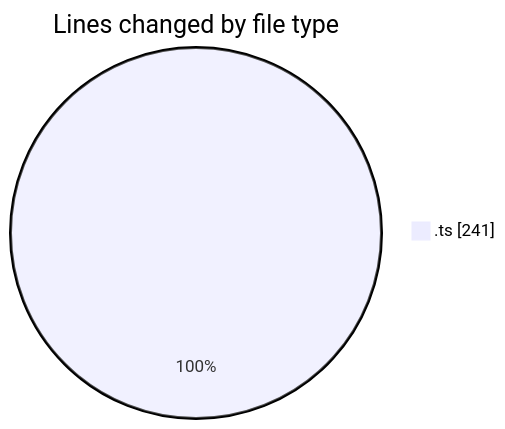
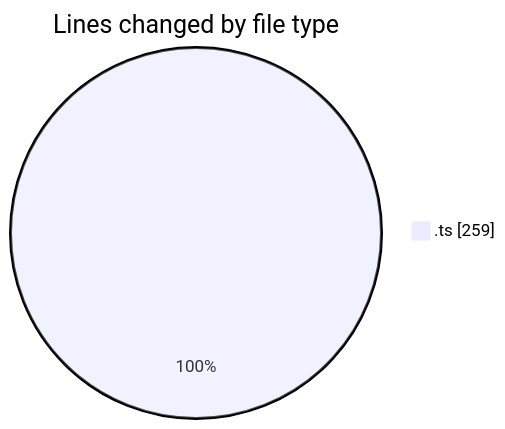
The first of 2 diagrams in 2025-11-27/cda/README.md (momahboobian/code-tracking), drawn with Mermaid before and after one commit. The commit also changed other lines of this file and 1 other file, not shown here.

````diff
--- a/2025-11-27/cda/README.md
+++ b/2025-11-27/cda/README.md
@@ -21,5 +21,5 @@
 ```mermaid
 pie showData
 title Lines changed by file type
-".ts" : 241
+".ts" : 259
 ```
````
